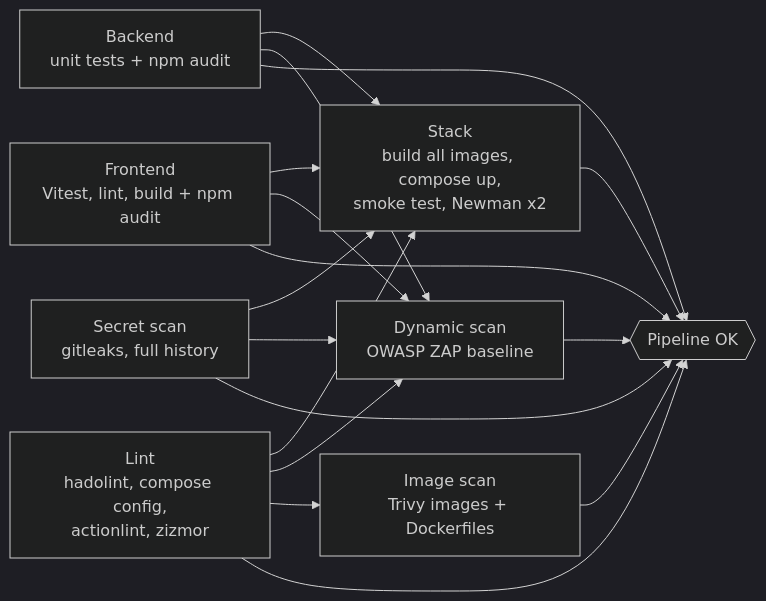
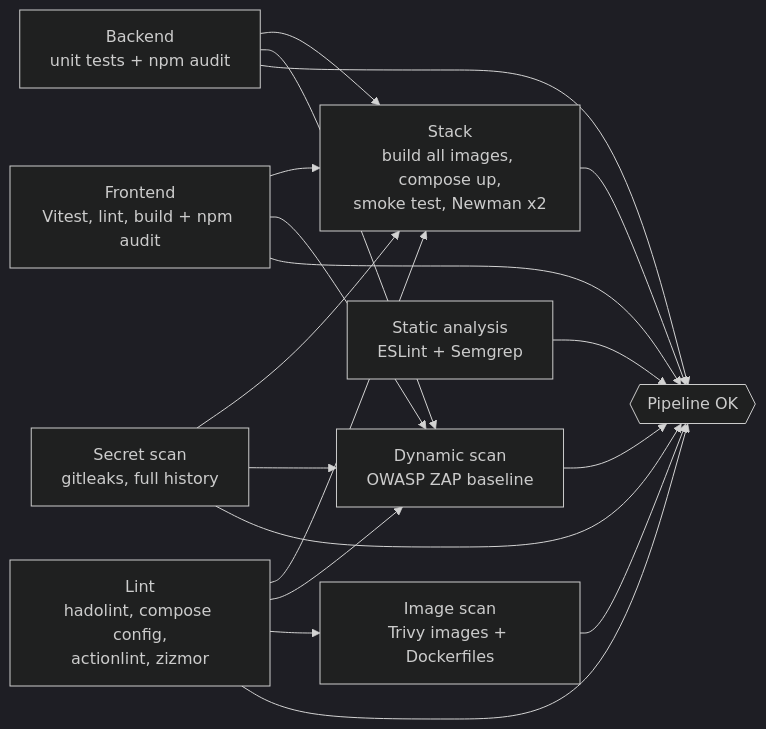
Before and after one commit to ST10443760/HustleHub-plus: the fifth of 5 diagrams in README.md, drawn with Mermaid (dark theme). The commit also changed other lines of this file, not shown here.

Commit message:
Added the static analysis job to the pipeline section of the README

````diff
--- a/README.md
+++ b/README.md
@@ -1489,27 +1489,29 @@
 ```mermaid
 flowchart LR
     B["Backend<br/>unit tests + npm audit"]
     F["Frontend<br/>Vitest, lint, build + npm audit"]
     G["Secret scan<br/>gitleaks, full history"]
     L["Lint<br/>hadolint, compose config,<br/>actionlint, zizmor"]
     S["Stack<br/>build all images, compose up,<br/>smoke test, Newman x2"]
     I["Image scan<br/>Trivy images + Dockerfiles"]
     D["Dynamic scan<br/>OWASP ZAP baseline"]
+    A["Static analysis<br/>ESLint + Semgrep"]
     OK{{"Pipeline OK"}}
     B --> S
     F --> S
     G --> S
     L --> S
     B --> D
     F --> D
     G --> D
     L --> D
     L --> I
     B --> OK
     F --> OK
     G --> OK
     L --> OK
     S --> OK
     I --> OK
     D --> OK
+    A --> OK
 ```
````
